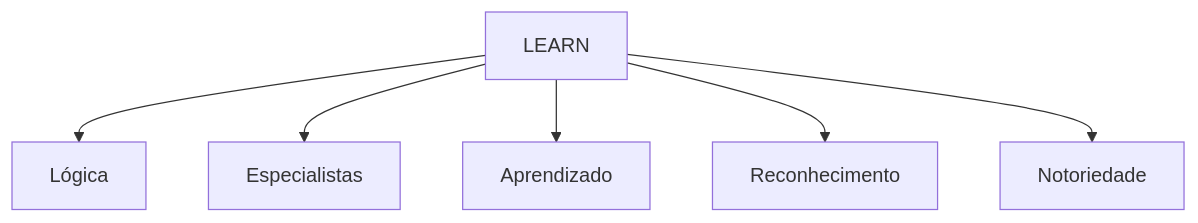
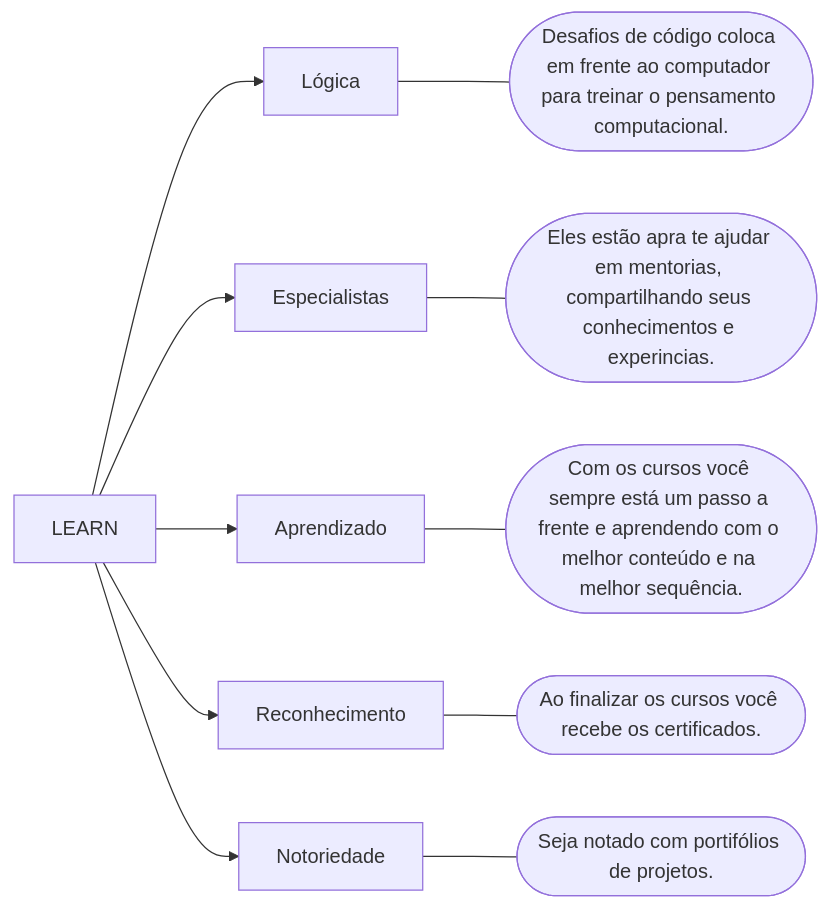
Before and after one commit to joeywheelersam/Java-AI-Powered: the first of 3 diagrams in Módulo 1/01. Educação Gratuita e Empregabilidade Juntas.md, drawn with Mermaid. The commit also changed other lines of this file, not shown here.

````diff
--- a/Módulo 1/01. Educação Gratuita e Empregabilidade Juntas.md
+++ b/Módulo 1/01. Educação Gratuita e Empregabilidade Juntas.md
@@ -3,8 +6,13 @@
 ```mermaid
-graph TD;
+flowchart LR;
     LEARN --> Lógica;
+    Lógica --- L([Desafios de código coloca em frente ao computador para treinar o pensamento computacional.]);
     LEARN --> Especialistas;
+    Especialistas --- E([Eles estão apra te ajudar em mentorias, compartilhando seus conhecimentos e experincias.]);
     LEARN --> Aprendizado;
+    Aprendizado --- A([Com os cursos você sempre está um passo a frente e aprendendo com o melhor conteúdo e na melhor sequência.]);
     LEARN --> Reconhecimento;
+    Reconhecimento --- R([Ao finalizar os cursos você recebe os certificados.]);
     LEARN --> Notoriedade;
+    Notoriedade --- N([Seja notado com portifólios de projetos.]);
 ```
````
